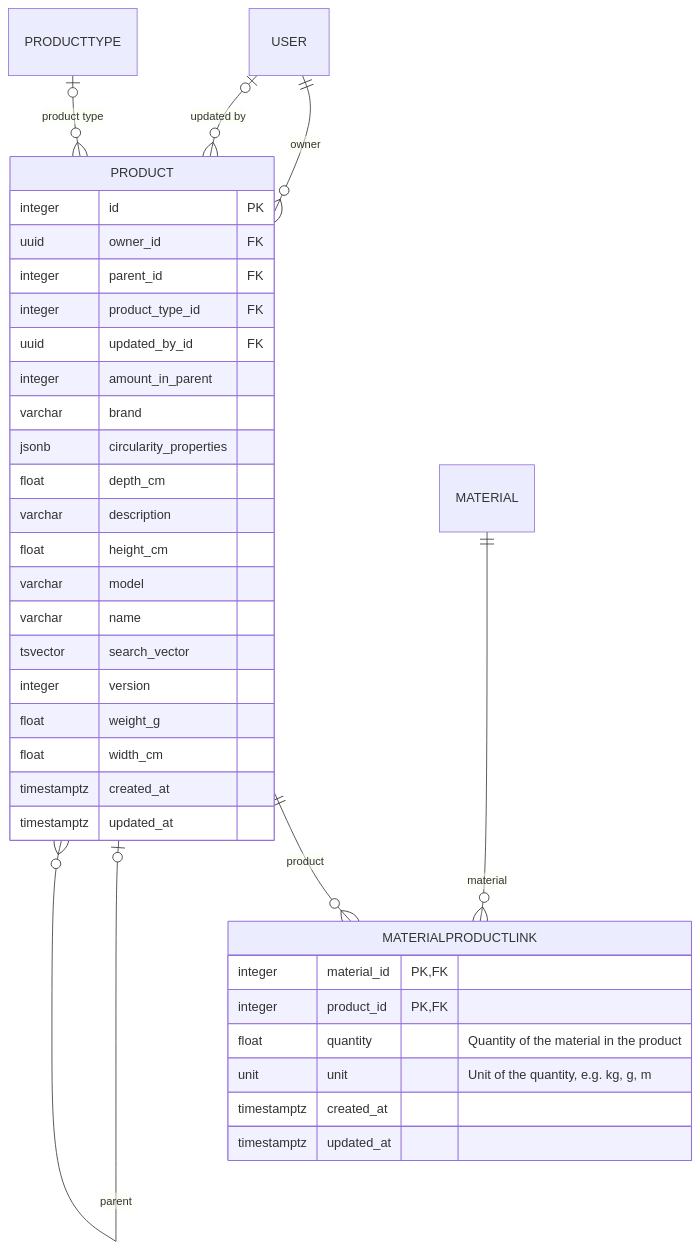
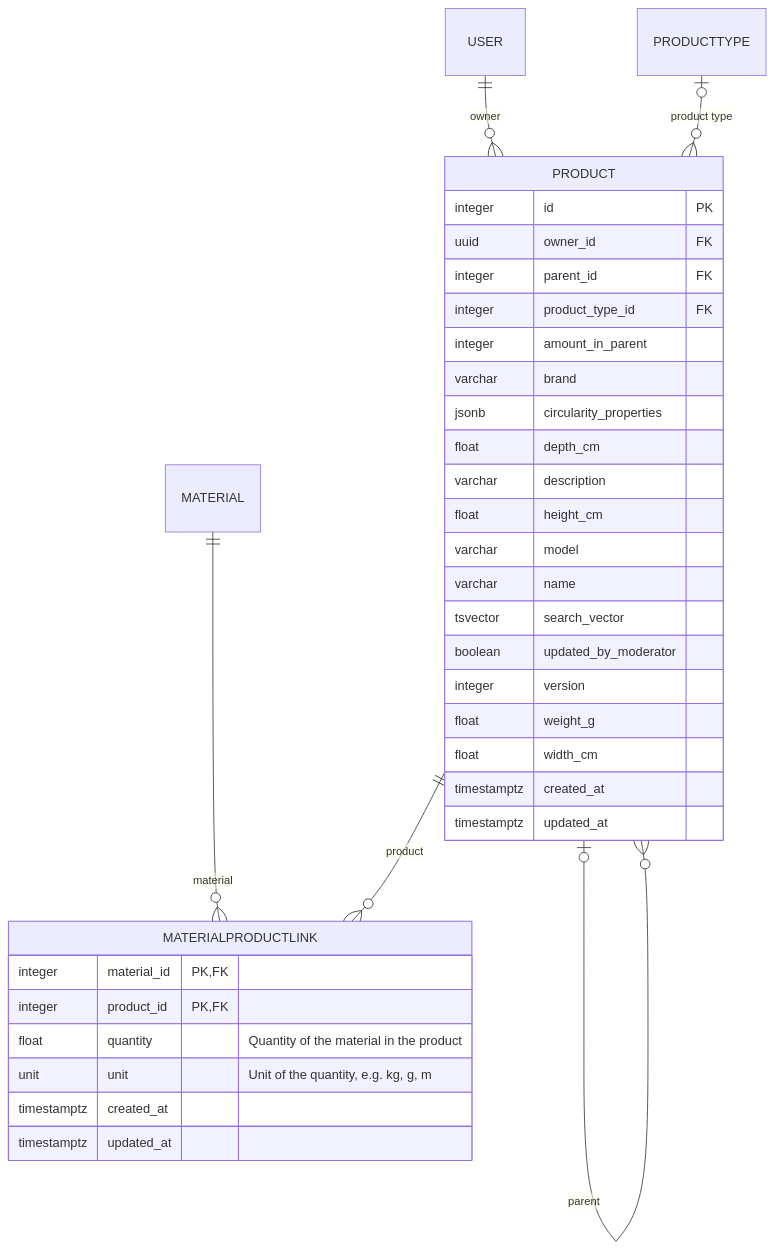
One commit to CMLPlatform/relab changed the diagram in docs/src/components/datamodel/data-collection.generated.mdx. Above: the diagram before and after it, drawn with Mermaid. The commit also changed 19 other files, not shown here.

````diff
--- a/docs/src/components/datamodel/data-collection.generated.mdx
+++ b/docs/src/components/datamodel/data-collection.generated.mdx
@@ -3,43 +3,42 @@
 ```mermaid
 erDiagram
     accTitle: Data collection entities
-    accDescr: The data collection tables are MATERIALPRODUCTLINK, PRODUCT. Each MATERIALPRODUCTLINK row names exactly one MATERIAL as its material. Each MATERIALPRODUCTLINK row names exactly one PRODUCT as its product. Each PRODUCT row names exactly one USER as its owner. Each PRODUCT row names zero or one PRODUCT as its parent. Each PRODUCT row names zero or one PRODUCTTYPE as its product type. Each PRODUCT row names zero or one USER as its updated by.
+    accDescr: The data collection tables are MATERIALPRODUCTLINK, PRODUCT. Each MATERIALPRODUCTLINK row names exactly one MATERIAL as its material. Each MATERIALPRODUCTLINK row names exactly one PRODUCT as its product. Each PRODUCT row names exactly one USER as its owner. Each PRODUCT row names zero or one PRODUCT as its parent. Each PRODUCT row names zero or one PRODUCTTYPE as its product type.
 
     MATERIALPRODUCTLINK {
         integer material_id PK, FK
         integer product_id PK, FK
         float quantity "Quantity of the material in the product"
         unit unit "Unit of the quantity, e.g. kg, g, m"
         timestamptz created_at
         timestamptz updated_at
     }
 
     PRODUCT {
         integer id PK
         uuid owner_id FK
         integer parent_id FK
         integer product_type_id FK
-        uuid updated_by_id FK
         integer amount_in_parent
         varchar brand
         jsonb circularity_properties
         float depth_cm
         varchar description
         float height_cm
         varchar model
         varchar name
         tsvector search_vector
+        boolean updated_by_moderator
         integer version
         float weight_g
         float width_cm
         timestamptz created_at
         timestamptz updated_at
     }
 
     MATERIAL ||--o{ MATERIALPRODUCTLINK : "material"
     PRODUCT ||--o{ MATERIALPRODUCTLINK : "product"
     USER ||--o{ PRODUCT : "owner"
     PRODUCT |o--o{ PRODUCT : "parent"
     PRODUCTTYPE |o--o{ PRODUCT : "product type"
-    USER |o--o{ PRODUCT : "updated by"
 ```
````
